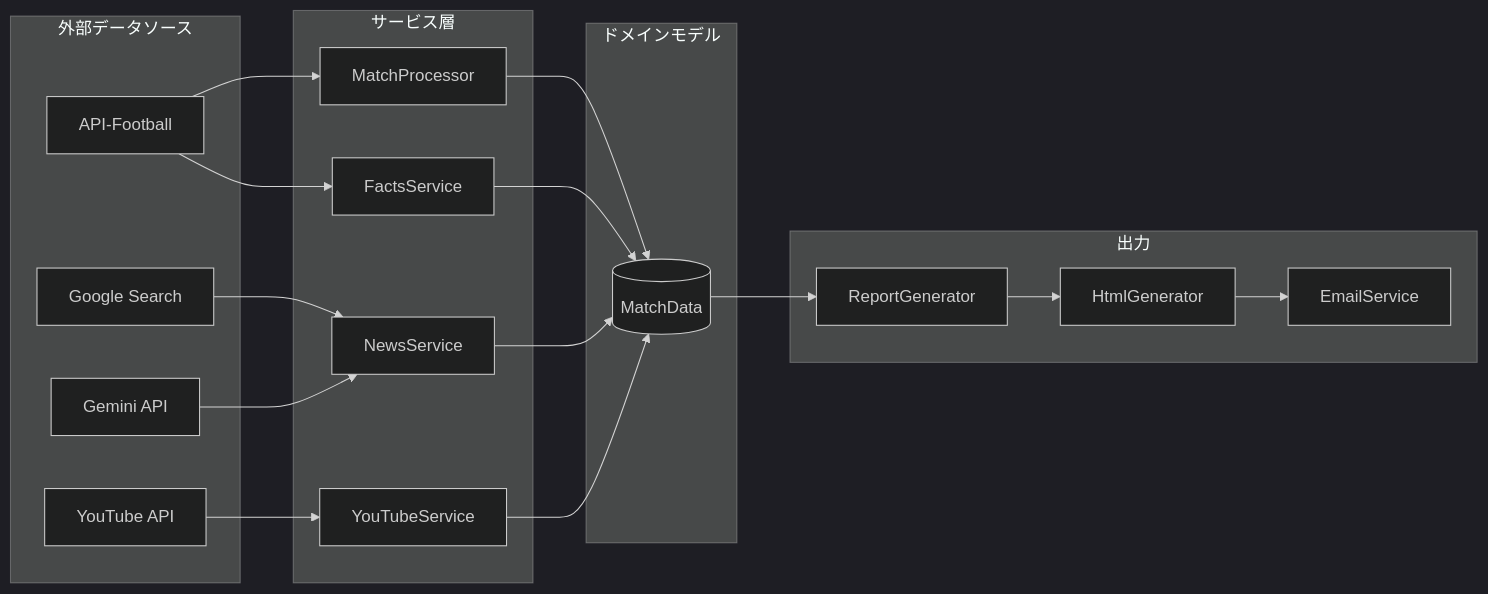
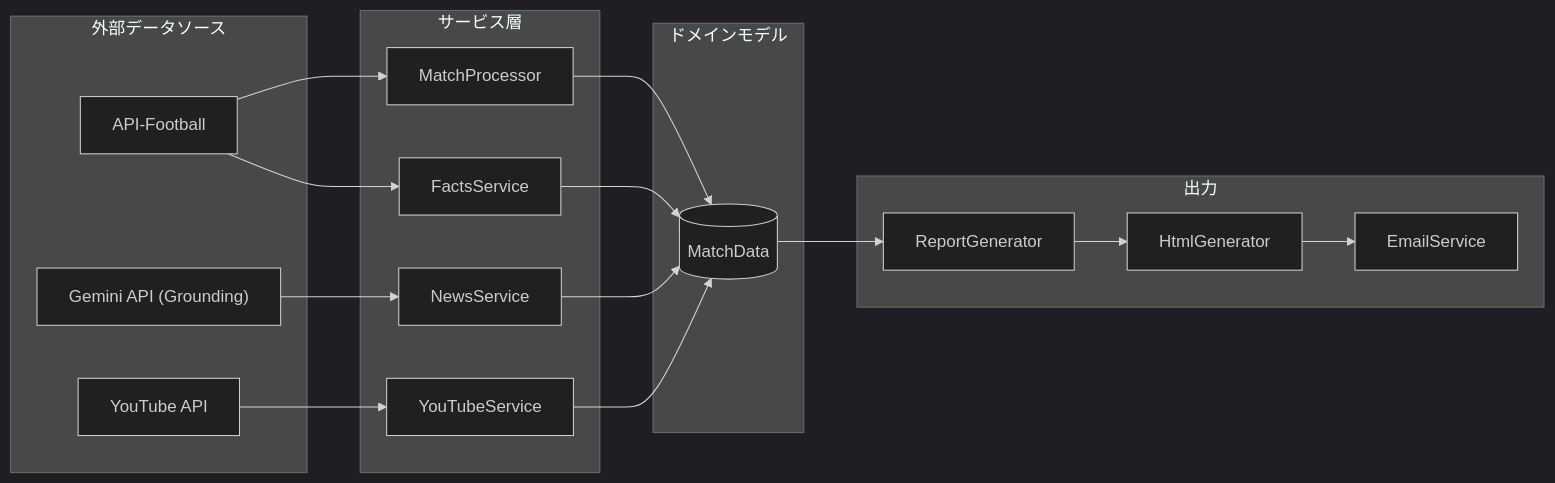
Before and after one commit to igrekplus/football-delay-watching: the second of 3 diagrams in docs/02_architecture/implementation_flow.md, drawn with Mermaid (dark theme). The commit also changed other lines of this file and 12 other files, not shown here.

First line of the commit message:
docs: consolidate news docs to Gemini Grounding (Issue #121)

````diff
--- a/docs/02_architecture/implementation_flow.md
+++ b/docs/02_architecture/implementation_flow.md
@@ -147,41 +147,39 @@
 ```mermaid
 flowchart LR
     subgraph Input["外部データソース"]
         API["API-Football"]
-        GS["Google Search"]
-        LLM["Gemini API"]
+        LLM["Gemini API (Grounding)"]
         YT["YouTube API"]
     end
     
     subgraph Domain["ドメインモデル"]
         MD[("MatchData")]
     end
     
     subgraph Services["サービス層"]
         MP["MatchProcessor"]
         FS["FactsService"]
         NS["NewsService"]
         YS["YouTubeService"]
     end
     
     subgraph Output["出力"]
         RG["ReportGenerator"]
         HG["HtmlGenerator"]
         ES["EmailService"]
     end
     
     API --> MP
     API --> FS
-    GS --> NS
     LLM --> NS
     YT --> YS
     
     MP --> MD
     FS --> MD
     NS --> MD
     YS --> MD
     
     MD --> RG
     RG --> HG
     HG --> ES
 ```
````
